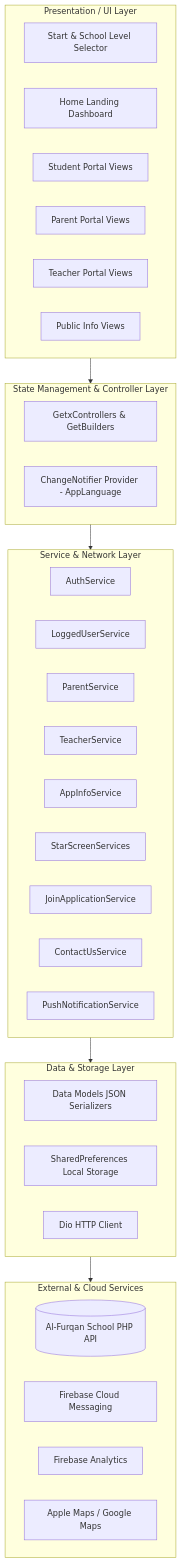
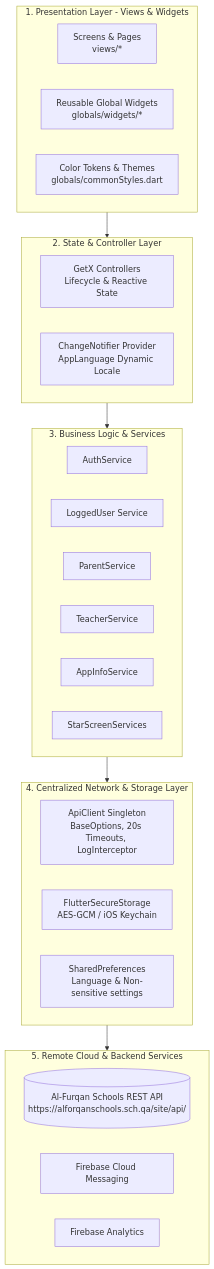
One commit to AhmedElbasha97/al_furqan_school changed the fourth of 5 diagrams in README.md. Above: the diagram before and after it, drawn with Mermaid. The commit also changed other lines of this file, not shown here.

````diff
--- a/README.md
+++ b/README.md
@@ -48,46 +475,39 @@
 ```mermaid
 graph TD
-    subgraph UI_Layer [Presentation / UI Layer]
-        V_Start[Start & School Level Selector]
-        V_Home[Home Landing Dashboard]
-        V_Student[Student Portal Views]
-        V_Parent[Parent Portal Views]
-        V_Teacher[Teacher Portal Views]
-        V_App[Public Info Views]
+    subgraph Presentation_Tier [1. Presentation Layer - Views & Widgets]
+        Views[Screens & Pages<br/>views/*]
+        GlobalWidgets[Reusable Global Widgets<br/>globals/widgets/*]
+        Styles[Color Tokens & Themes<br/>globals/commonStyles.dart]
     end
 
-    subgraph State_Layer [State Management & Controller Layer]
-        C_GetX[GetxControllers & GetBuilders]
-        C_Provider[ChangeNotifier Provider - AppLanguage]
+    subgraph State_Tier [2. State & Controller Layer]
+        GetControllers[GetX Controllers<br/>Lifecycle & Reactive State]
+        LangProvider[ChangeNotifier Provider<br/>AppLanguage Dynamic Locale]
     end
 
-    subgraph Service_Layer [Service & Network Layer]
-        S_Auth[AuthService]
-        S_Logged[LoggedUserService]
-        S_Parent[ParentService]
-        S_Teacher[TeacherService]
-        S_AppInfo[AppInfoService]
-        S_Start[StarScreenServices]
-        S_Join[JoinApplicationService]
-        S_Contact[ContactUsService]
-        S_Notif[PushNotificationService]
+    subgraph Business_Tier [3. Business Logic & Services]
+        AuthServ[AuthService]
+        LogUserServ[LoggedUser Service]
+        ParentServ[ParentService]
+        TeacherServ[TeacherService]
+        AppInfoServ[AppInfoService]
+        StartServ[StarScreenServices]
     end
 
-    subgraph Data_Layer [Data & Storage Layer]
-        M_Models[Data Models JSON Serializers]
-        SP[SharedPreferences Local Storage]
-        DioClient[Dio HTTP Client]
+    subgraph Network_Tier [4. Centralized Network & Storage Layer]
+        ApiClientSingleton[ApiClient Singleton<br/>BaseOptions, 20s Timeouts, LogInterceptor]
+        SecStorage[FlutterSecureStorage<br/>AES-GCM / iOS Keychain]
+        SharedPrefs[SharedPreferences<br/>Language & Non-sensitive settings]
     end
 
-    subgraph Remote_Layer [External & Cloud Services]
-        BackendAPI[(Al-Furqan School PHP API)]
-        FirebaseFCM[Firebase Cloud Messaging]
-        FirebaseAnalytics[Firebase Analytics]
-        MapsService[Apple Maps / Google Maps]
+    subgraph Cloud_Tier [5. Remote Cloud & Backend Services]
+        PHPBackend[(Al-Furqan Schools REST API<br/>https://alforqanschools.sch.qa/site/api/)]
+        FCMService[Firebase Cloud Messaging]
+        AnalyticsService[Firebase Analytics]
     end
 
-    UI_Layer --> State_Layer
-    State_Layer --> Service_Layer
-    Service_Layer --> Data_Layer
-    Data_Layer --> Remote_Layer
+    Presentation_Tier --> State_Tier
+    State_Tier --> Business_Tier
+    Business_Tier --> Network_Tier
+    Network_Tier --> Cloud_Tier
 ```
````
